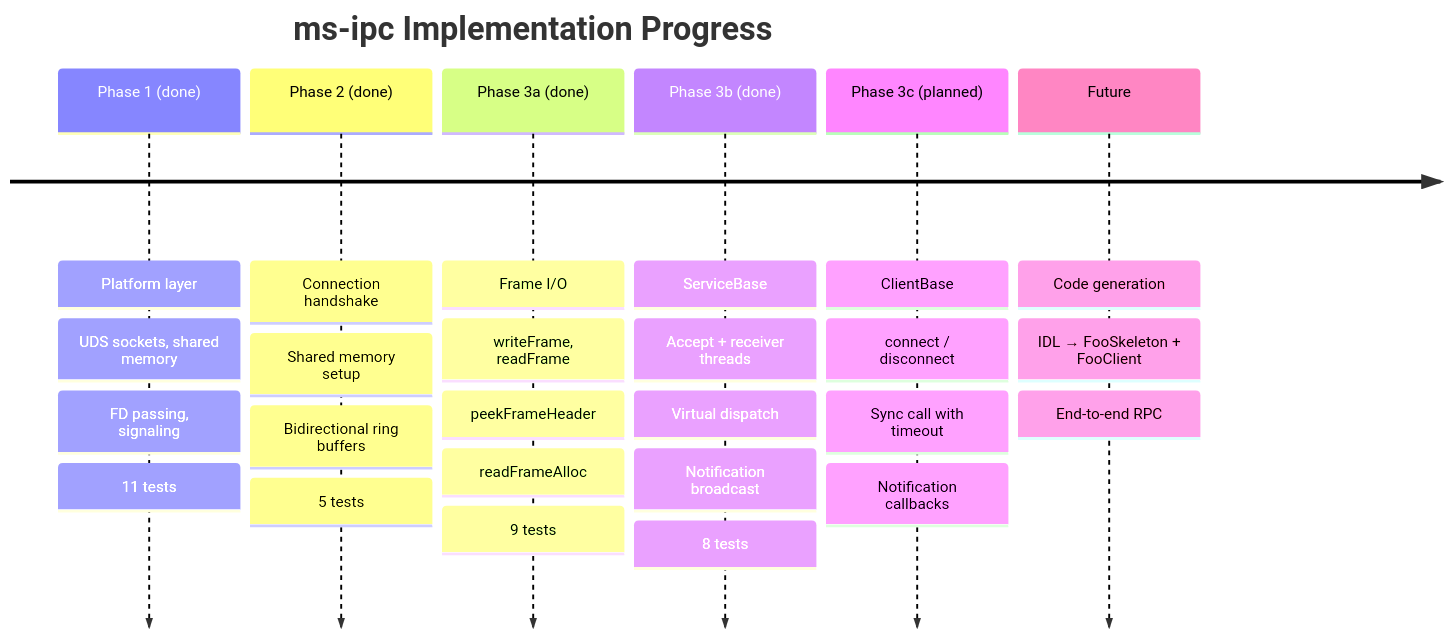
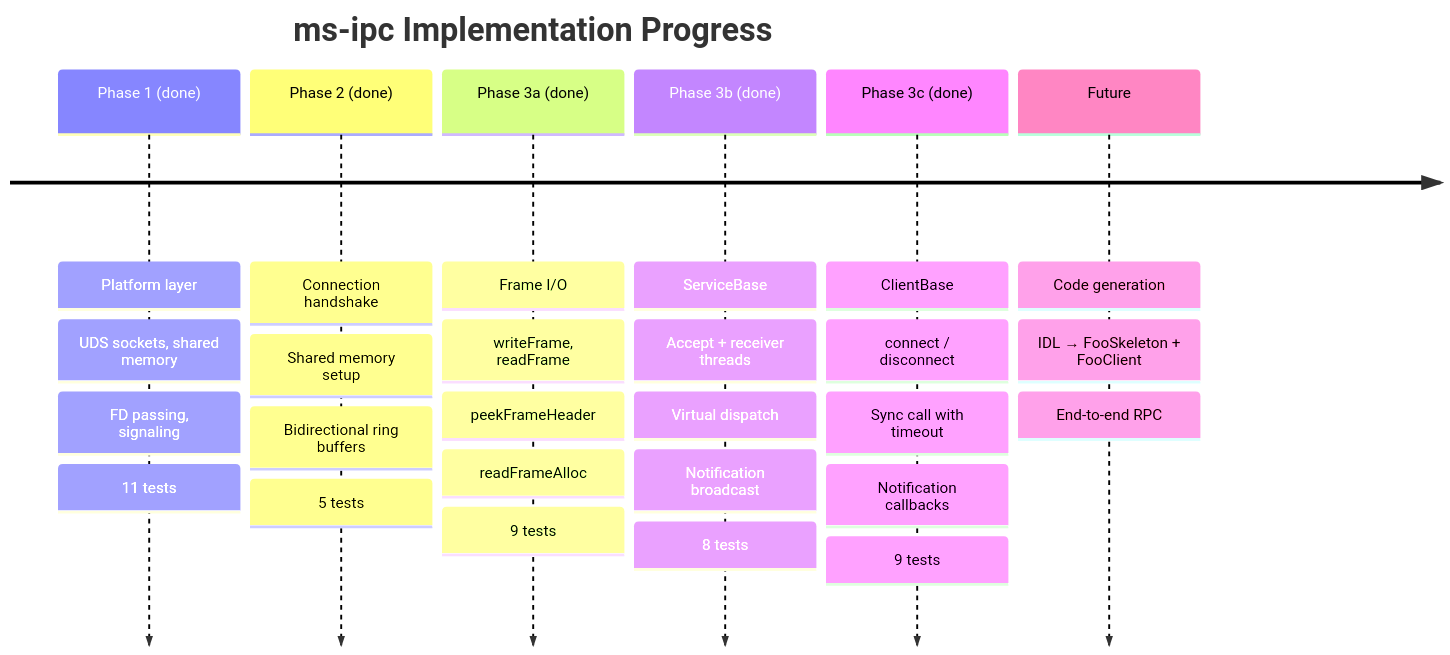
One commit to Mrunmoy/aether changed diagram 15 of 15 in doc/architecture.md. Above: the diagram before and after it, drawn with Mermaid. The commit also changed other lines of this file and 10 other files, not shown here.

Commit message:
Adding ClientBase with  unit tests and walkthrough

````diff
--- a/doc/architecture.md
+++ b/doc/architecture.md
@@ -347,29 +395,30 @@
 ```mermaid
 timeline
     title ms-ipc Implementation Progress
     Phase 1 (done) : Platform layer
                    : UDS sockets, shared memory
                    : FD passing, signaling
                    : 11 tests
     Phase 2 (done) : Connection handshake
                    : Shared memory setup
                    : Bidirectional ring buffers
                    : 5 tests
     Phase 3a (done) : Frame I/O
                     : writeFrame, readFrame
                     : peekFrameHeader
                     : readFrameAlloc
                     : 9 tests
     Phase 3b (done) : ServiceBase
                     : Accept + receiver threads
                     : Virtual dispatch
                     : Notification broadcast
                     : 8 tests
-    Phase 3c (planned) : ClientBase
-                       : connect / disconnect
-                       : Sync call with timeout
-                       : Notification callbacks
+    Phase 3c (done) : ClientBase
+                    : connect / disconnect
+                    : Sync call with timeout
+                    : Notification callbacks
+                    : 9 tests
     Future : Code generation
            : IDL → FooSkeleton + FooClient
            : End-to-end RPC
 ```
````
